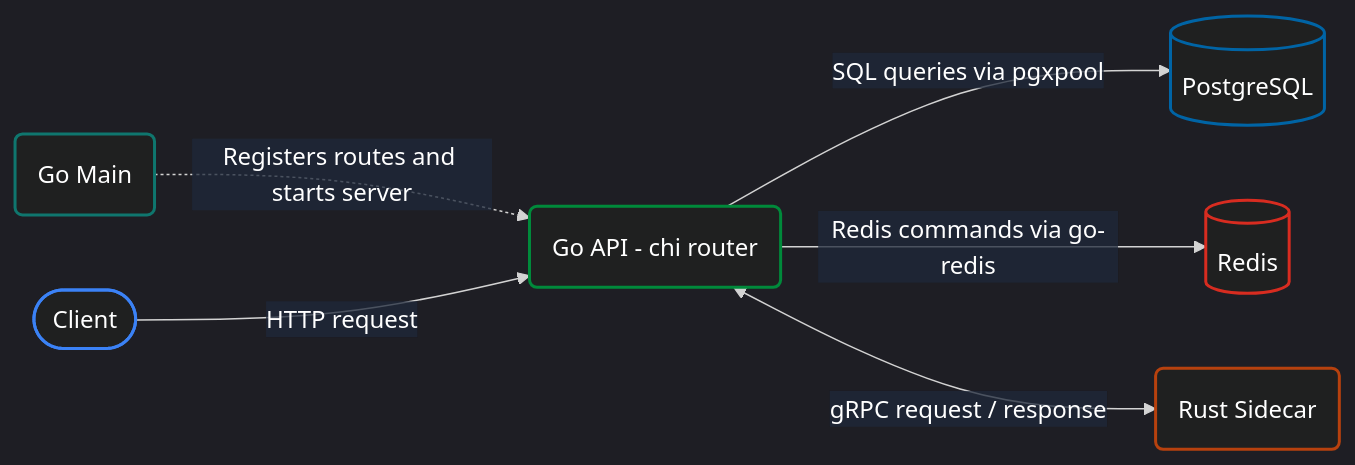
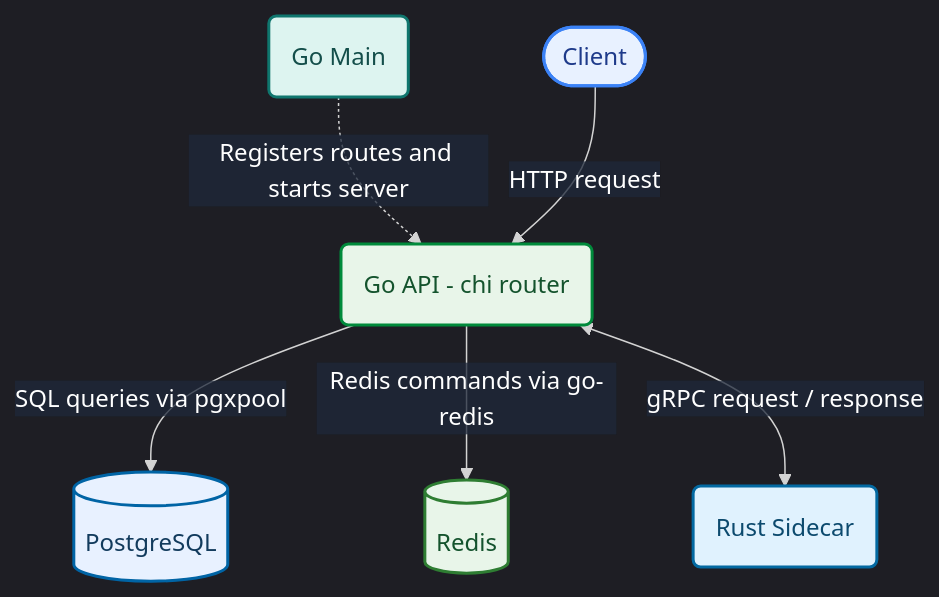
Before and after one commit to shawnfrost25/prolepsis: the diagram in docs/architecture.md, drawn with Mermaid. The commit also changed 4 other files, not shown here.

````diff
--- a/docs/architecture.md
+++ b/docs/architecture.md
@@ -1,29 +1,29 @@
 ```mermaid
 %%{init: {
   'theme': 'dark',
   'themeVariables': {
     'edgeLabelBackground': '#1e293b80',
     'textColor': '#ffffff'
   }
 }}%%
-flowchart LR
+flowchart TB;
     Main("Go Main")
     API("Go API - chi router")
     Client(["Client"])
     Redis[("Redis")]
     Database[("PostgreSQL")]
     Rust("Rust Sidecar")
 
     Main -.->|"Registers routes and starts server"| API
     Client -->|"HTTP request"| API
     API -->|"SQL queries via pgxpool"| Database
     API -->|"Redis commands via go-redis"| Redis
     API <-->|"gRPC request / response"| Rust
 
-    style Main stroke:#0F766E,stroke-width:2px
-    style API stroke:#008A3B,stroke-width:2px
-    style Client stroke:#3B82F6,stroke-width:2px
-    style Database stroke:#0064a5,stroke-width:2px
-    style Redis stroke:#D82C20,stroke-width:2px
-    style Rust stroke:#B7410E,stroke-width:2px
+    style Main fill:#DDF4F0,stroke:#0F766E,color:#134E4A,stroke-width:2px
+    style API fill:#E8F5E9,stroke:#008A3B,color:#14532D,stroke-width:2px
+    style Client fill:#E8F1FF,stroke:#3B82F6,color:#1E3A8A,stroke-width:2px
+    style Database fill:#E8F1FF,stroke:#0064A5,color:#123B5D,stroke-width:2px
+    style Redis fill:#E8F5E9,stroke:#2E7D32,color:#14532D,stroke-width:2px
+    style Rust fill:#E0F2FE,stroke:#0369A1,color:#0C4A6E,stroke-width:2px
 ```
````
